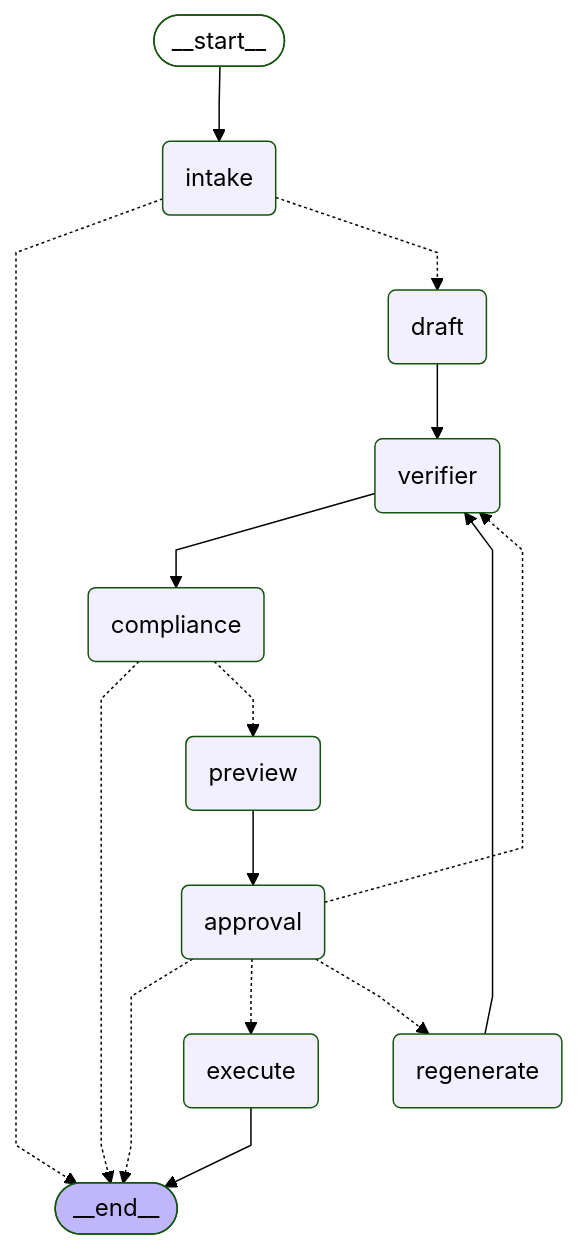
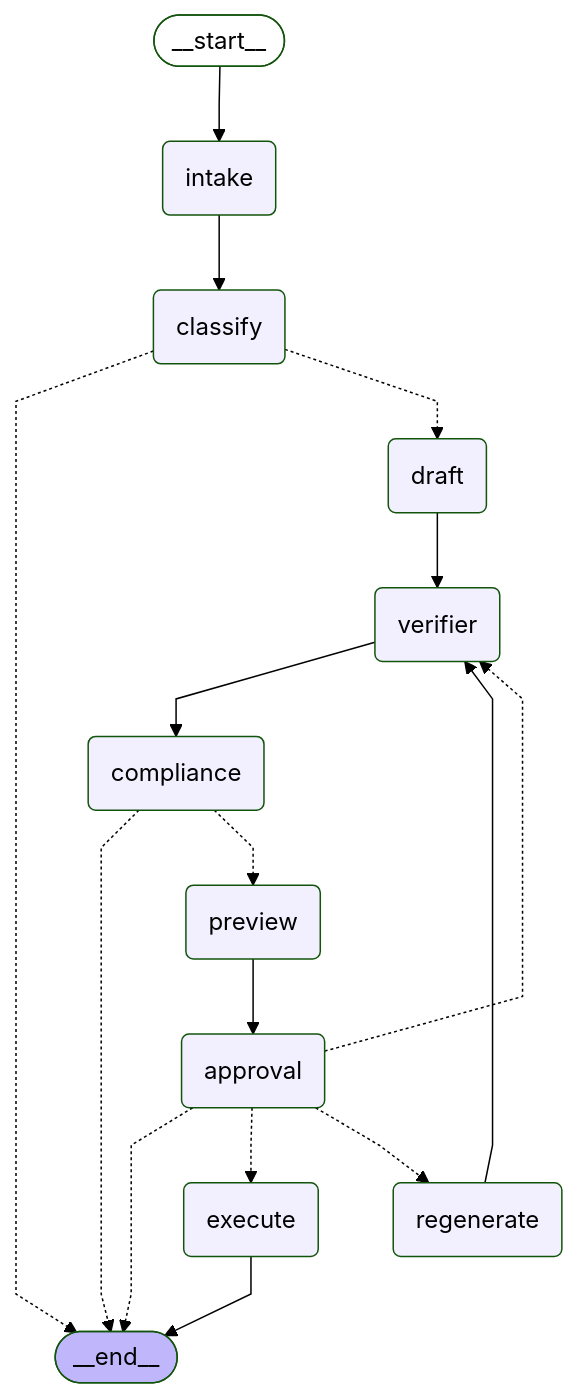
One commit to muhammad-moiz-ansari/gigbid changed the diagram in docs/images/conversation.mmd. Above: the diagram before and after it, drawn with Mermaid (forest theme). The commit also changed 77 other files, not shown here.

```diff
--- a/docs/images/conversation.mmd
+++ b/docs/images/conversation.mmd
@@ -1,33 +1,35 @@
 ---
 config:
   flowchart:
     curve: linear
 ---
 graph TD;
 	__start__([<p>__start__</p>]):::first
 	intake(intake)
+	classify(classify)
 	draft(draft)
 	verifier(verifier)
 	compliance(compliance)
 	preview(preview)
 	regenerate(regenerate)
 	approval(approval)
 	execute(execute)
 	__end__([<p>__end__</p>]):::last
 	__start__ --> intake;
 	approval -.-> __end__;
 	approval -.-> execute;
 	approval -.-> regenerate;
 	approval -.-> verifier;
+	classify -.-> __end__;
+	classify -.-> draft;
 	compliance -.-> __end__;
 	compliance -.-> preview;
 	draft --> verifier;
-	intake -.-> __end__;
-	intake -.-> draft;
+	intake --> classify;
 	preview --> approval;
 	regenerate --> verifier;
 	verifier --> compliance;
 	execute --> __end__;
 	classDef default fill:#f2f0ff,line-height:1.2
 	classDef first fill-opacity:0
 	classDef last fill:#bfb6fc
```
